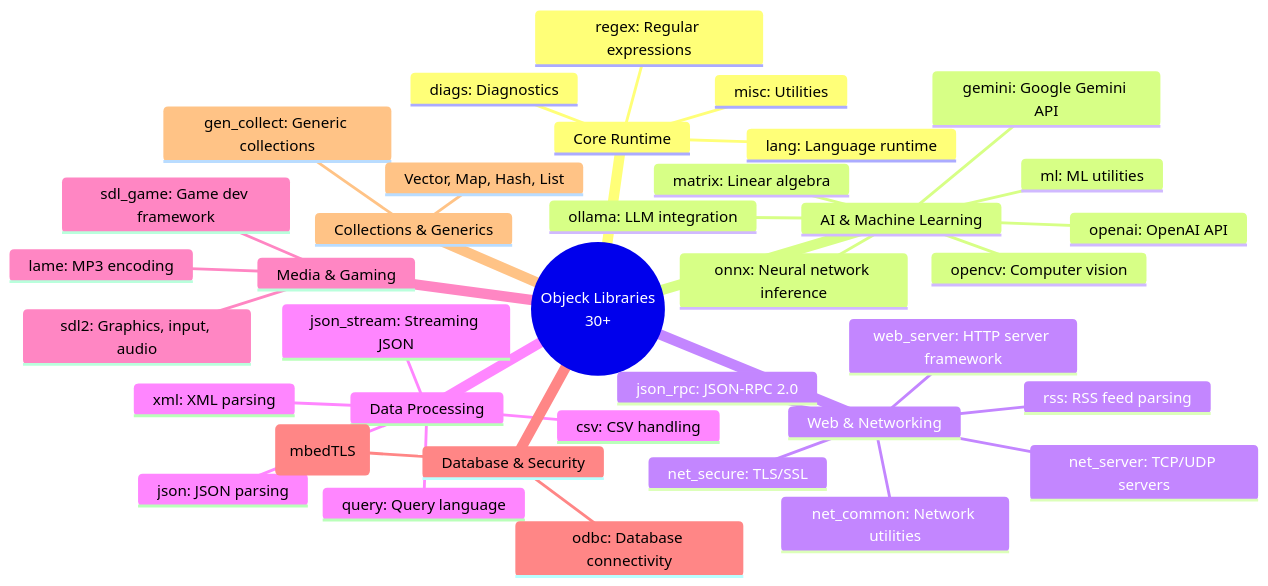
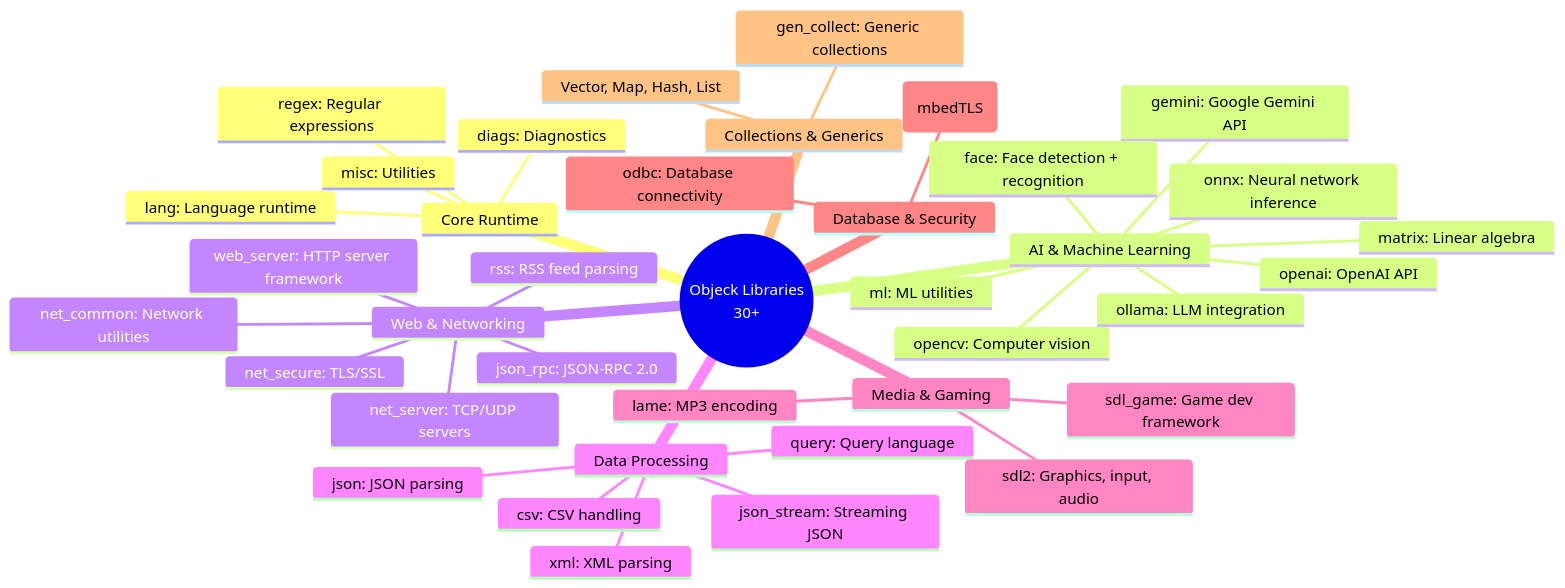
One commit to objeck/objeck-lang changed the tenth of 28 diagrams in docs/architecture.md. Above: the diagram before and after it, drawn with Mermaid. The commit also changed other lines of this file and 1 other file, not shown here.

First line of the commit message:
v2026.5.0 docs: architecture diagrams + README update

````diff
--- a/docs/architecture.md
+++ b/docs/architecture.md
@@ -447,41 +447,42 @@
 ```mermaid
 mindmap
     root((Objeck Libraries
     30+))
         Core Runtime
             lang: Language runtime
             misc: Utilities
             regex: Regular expressions
             diags: Diagnostics
         AI & Machine Learning
             onnx: Neural network inference
             ollama: LLM integration
             openai: OpenAI API
             gemini: Google Gemini API
             ml: ML utilities
             opencv: Computer vision
+            face: Face detection + recognition
             matrix: Linear algebra
         Web & Networking
             web_server: HTTP server framework
             json_rpc: JSON-RPC 2.0
             net_server: TCP/UDP servers
             net_secure: TLS/SSL
             net_common: Network utilities
             rss: RSS feed parsing
         Data Processing
             json: JSON parsing
             xml: XML parsing
             csv: CSV handling
             query: Query language
             json_stream: Streaming JSON
         Media & Gaming
             sdl2: Graphics, input, audio
             sdl_game: Game dev framework
             lame: MP3 encoding
         Database & Security
             odbc: Database connectivity
             cipher: Encryption (mbedTLS)
         Collections & Generics
             gen_collect: Generic collections
             Vector, Map, Hash, List
 ```
````
